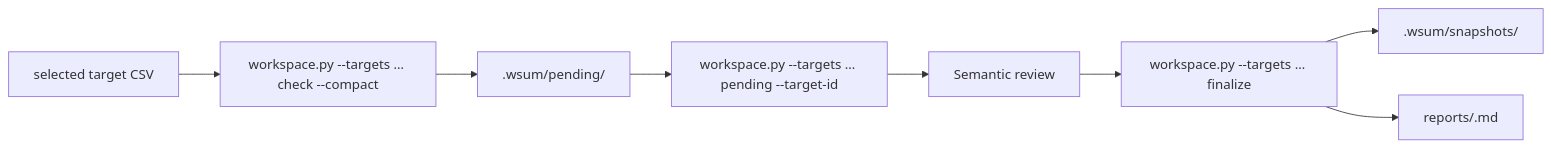
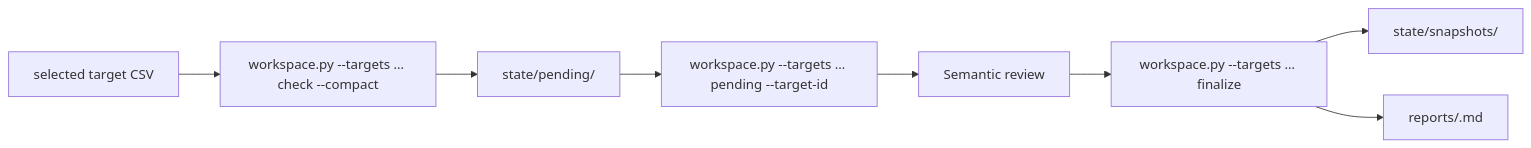
One commit to dceoy/wsum changed the first of 2 diagrams in skills/web-update-monitor/SKILL.md. Above: the diagram before and after it, drawn with Mermaid. The commit also changed other lines of this file and 8 other files, not shown here.

````diff
--- a/skills/web-update-monitor/SKILL.md
+++ b/skills/web-update-monitor/SKILL.md
@@ -20,10 +20,10 @@
 ```mermaid
 flowchart LR
     A["selected target CSV"] --> B["workspace.py --targets … check --compact"]
-    B --> C[".wsum/pending/<target-id>"]
+    B --> C["state/pending/<target-id>"]
     C --> D["workspace.py --targets … pending --target-id"]
     D --> E["Semantic review"]
     E --> F["workspace.py --targets … finalize"]
-    F --> G[".wsum/snapshots/"]
+    F --> G["state/snapshots/"]
     F --> H["reports/<run-id>.md"]
 ```
````
